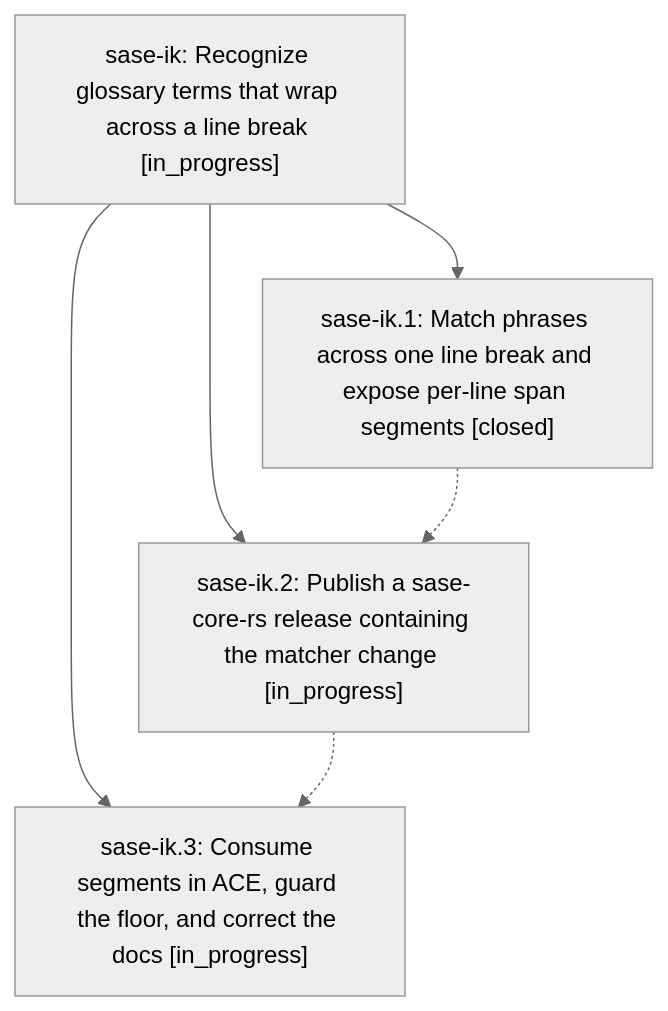
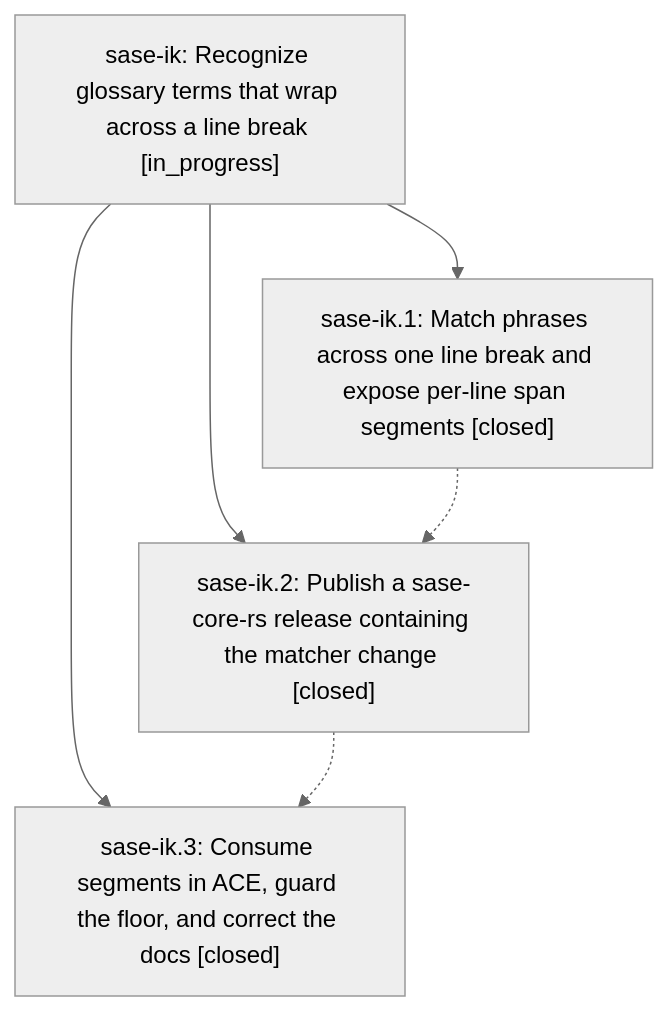
One commit to sase-org/sase--beads changed the diagram in pages/sase-ik/README.md. Above: the diagram before and after it, drawn with Mermaid (neutral theme). The commit also changed other lines of this file and 3 other files, not shown here.

````diff
--- a/pages/sase-ik/README.md
+++ b/pages/sase-ik/README.md
@@ -24,12 +24,12 @@
 ```mermaid
 flowchart TD
     n0["sase-ik: Recognize glossary terms that wrap across a line break [in_progress]"]
     n1["sase-ik.1: Match phrases across one line break and expose per-line span segments [closed]"]
-    n2["sase-ik.2: Publish a sase-core-rs release containing the matcher change [in_progress]"]
-    n3["sase-ik.3: Consume segments in ACE, guard the floor, and correct the docs [in_progress]"]
+    n2["sase-ik.2: Publish a sase-core-rs release containing the matcher change [closed]"]
+    n3["sase-ik.3: Consume segments in ACE, guard the floor, and correct the docs [closed]"]
     n0 --> n1
     n0 --> n2
     n0 --> n3
     n1 -.-> n2
     n2 -.-> n3
 ```
````
